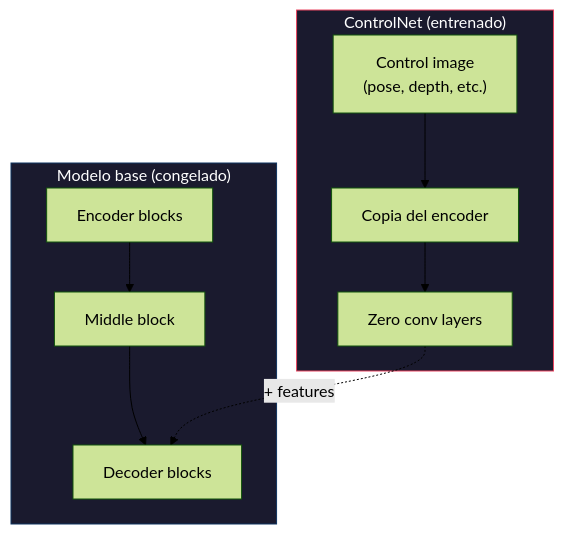
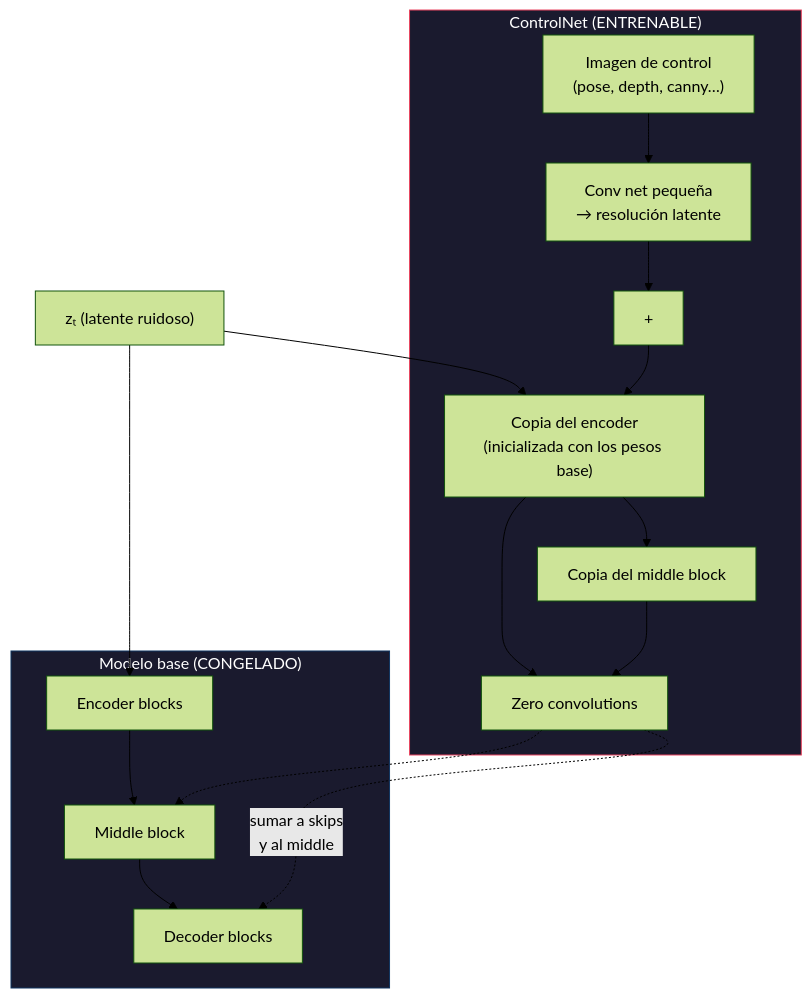
Before and after one commit to DavidDevGt/DifusionReal: the third of 6 diagrams in 11-conditioning/README.md, drawn with Mermaid (forest theme). The commit also changed other lines of this file, not shown here.

````diff
--- a/11-conditioning/README.md
+++ b/11-conditioning/README.md
@@ -133,21 +209,29 @@
 ```mermaid
 graph TB
-    subgraph Frozen ["Modelo base (congelado)"]
+    ZT["zₜ (latente ruidoso)"] --> BASE_ENC
+    ZT --> CTRL_ENC
+
+    subgraph Frozen ["Modelo base (CONGELADO)"]
         BASE_ENC["Encoder blocks"]
         BASE_MID["Middle block"]
         BASE_DEC["Decoder blocks"]
         BASE_ENC --> BASE_MID --> BASE_DEC
     end
 
-    subgraph ControlNet ["ControlNet (entrenado)"]
-        CTRL_INPUT["Control image<br/>(pose, depth, etc.)"]
-        CTRL_ENC["Copia del encoder"]
-        CTRL_ZERO["Zero conv layers"]
-        CTRL_INPUT --> CTRL_ENC --> CTRL_ZERO
+    subgraph ControlNet ["ControlNet (ENTRENABLE)"]
+        HINT["Imagen de control<br/>(pose, depth, canny…)"] --> HINT_ENC["Conv net pequeña<br/>→ resolución latente"]
+        HINT_ENC --> SUM_IN["+"]
+        CTRL_ENC["Copia del encoder<br/>(inicializada con los pesos base)"]
+        SUM_IN --> CTRL_ENC
+        CTRL_ENC --> CTRL_MID["Copia del middle block"]
+        CTRL_ZERO["Zero convolutions"]
+        CTRL_ENC --> CTRL_ZERO
+        CTRL_MID --> CTRL_ZERO
     end
 
-    CTRL_ZERO -.->|"+ features"| BASE_DEC
+    CTRL_ZERO -.->|"sumar a skips<br/>y al middle"| BASE_DEC
+    CTRL_ZERO -.-> BASE_MID
 
     style Frozen fill:#1a1a2e,stroke:#0f3460,color:#fff
     style ControlNet fill:#1a1a2e,stroke:#e94560,color:#fff
 ```
````
